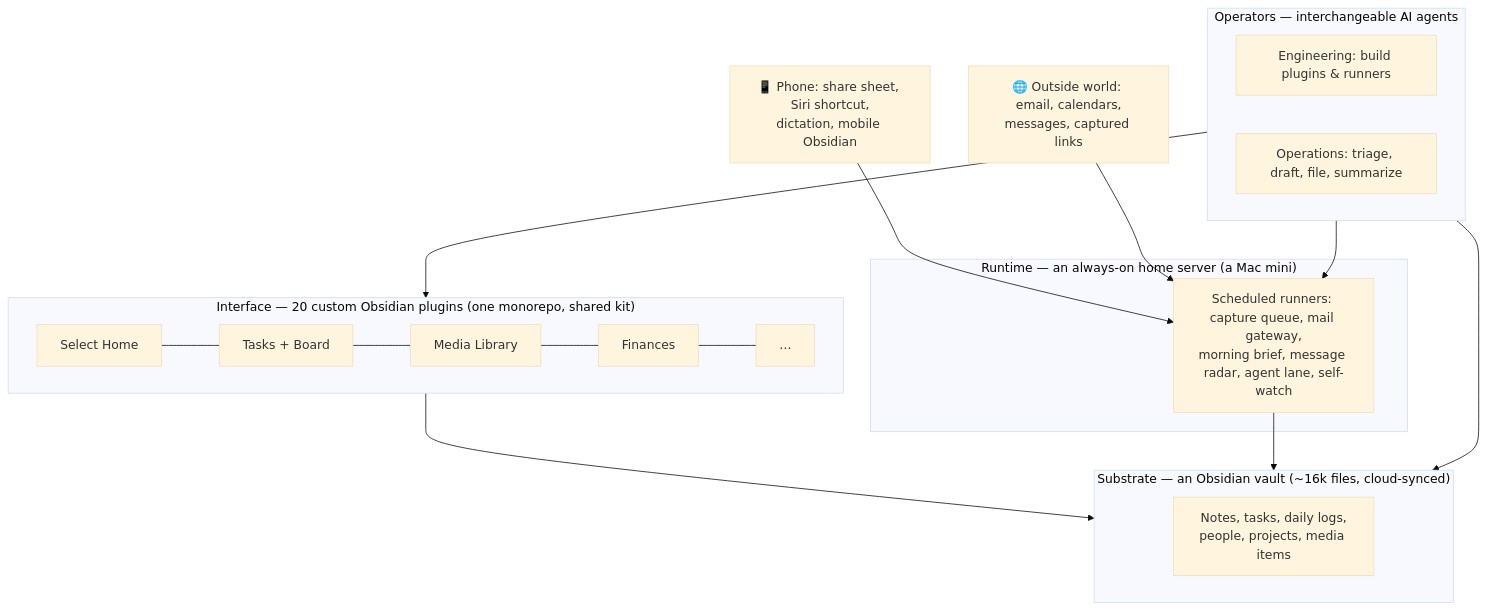
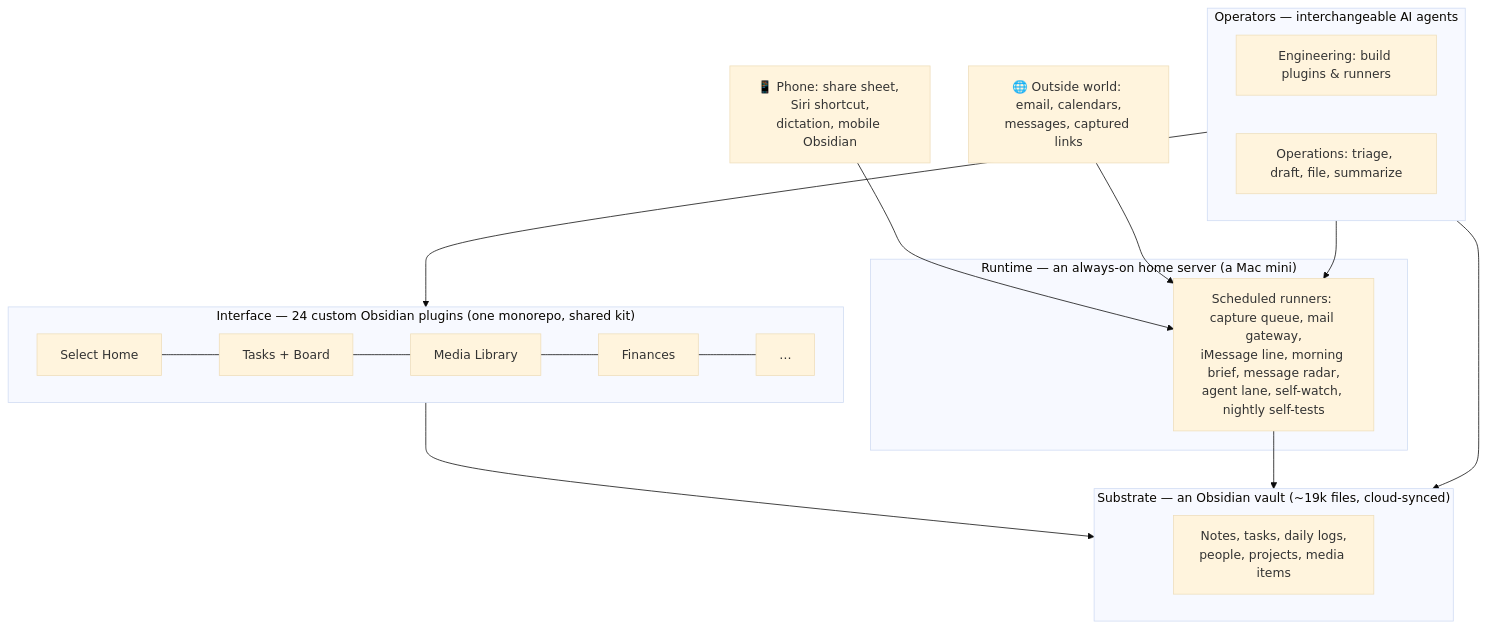
Before and after one commit to cobbenterprises/select-showcase: the diagram in HOW-IT-WORKS.md, drawn with Mermaid (base theme). The commit also changed other lines of this file and 3 other files, not shown here.

````diff
--- a/HOW-IT-WORKS.md
+++ b/HOW-IT-WORKS.md
@@ -7,27 +7,27 @@
 ```mermaid
 flowchart TB
-    subgraph substrate["Substrate — an Obsidian vault (~16k files, cloud-synced)"]
+    subgraph substrate["Substrate — an Obsidian vault (~19k files, cloud-synced)"]
         notes["Notes, tasks, daily logs,<br/>people, projects, media items"]
     end
 
-    subgraph surfaces["Interface — 20 custom Obsidian plugins (one monorepo, shared kit)"]
+    subgraph surfaces["Interface — 24 custom Obsidian plugins (one monorepo, shared kit)"]
         home["Select Home"] --- tasks["Tasks + Board"] --- media["Media Library"] --- fin["Finances"] --- more["…"]
     end
 
     subgraph server["Runtime — an always-on home server (a Mac mini)"]
-        runners["Scheduled runners: capture queue, mail gateway,<br/>morning brief, message radar, agent lane, self-watch"]
+        runners["Scheduled runners: capture queue, mail gateway,<br/>iMessage line, morning brief, message radar,<br/>agent lane, self-watch, nightly self-tests"]
     end
 
     subgraph agents["Operators — interchangeable AI agents"]
         eng["Engineering: build plugins & runners"]
         ops["Operations: triage, draft, file, summarize"]
     end
 
     surfaces --> substrate
     runners --> substrate
     agents --> substrate
     agents --> surfaces
     agents --> runners
     phone["📱 Phone: share sheet, Siri shortcut,<br/>dictation, mobile Obsidian"] --> runners
     world["🌐 Outside world: email, calendars,<br/>messages, captured links"] --> runners
 ```
````
